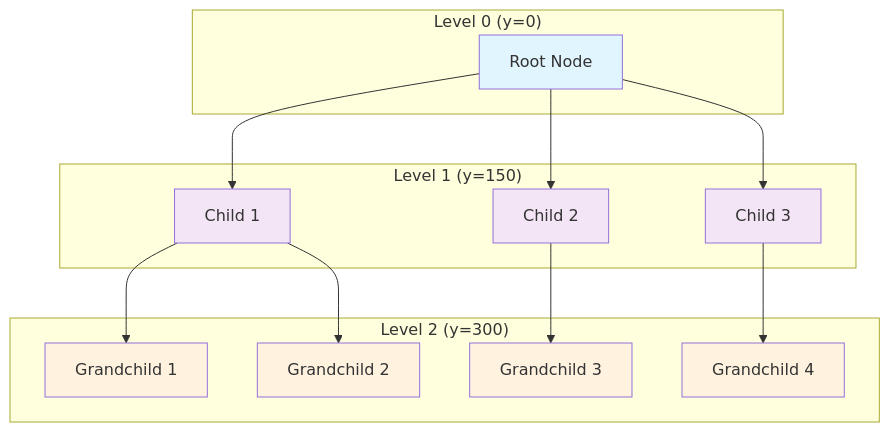
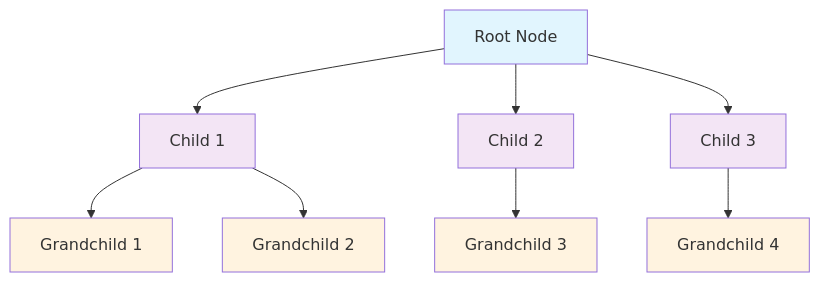
One commit to bignosecss/reverse-roadmap changed the third of 5 diagrams in docs/react-flow-tree-rendering-solution.md. Above: the diagram before and after it, drawn with Mermaid. The commit also changed other lines of this file and 7 other files, not shown here.

Commit message:
fix(flow-content): 重构 useEffect 深层嵌套代码，删除FlowData中的level字段

````diff
--- a/docs/react-flow-tree-rendering-solution.md
+++ b/docs/react-flow-tree-rendering-solution.md
@@ -205,34 +206,19 @@
 ```mermaid
 graph TD
-    subgraph "Level 0 (y=0)"
-        A[Root Node]
-    end
-    subgraph "Level 1 (y=150)"
-        B[Child 1]
-        C[Child 2]
-        D[Child 3]
-    end
-    subgraph "Level 2 (y=300)"
-        E[Grandchild 1]
-        F[Grandchild 2]
-        G[Grandchild 3]
-        H[Grandchild 4]
-    end
-
-    A --> B
-    A --> C
-    A --> D
-    B --> E
-    B --> F
-    C --> G
-    D --> H
+    A[Root Node] --> B[Child 1]
+    A --> C[Child 2]
+    A --> D[Child 3]
+    B --> E[Grandchild 1]
+    B --> F[Grandchild 2]
+    C --> G[Grandchild 3]
+    D --> H[Grandchild 4]
 
     style A fill:#e1f5fe
     style B fill:#f3e5f5
     style C fill:#f3e5f5
     style D fill:#f3e5f5
     style E fill:#fff3e0
     style F fill:#fff3e0
     style G fill:#fff3e0
     style H fill:#fff3e0
 ```
````
